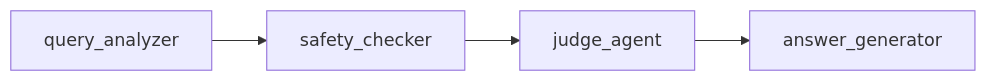
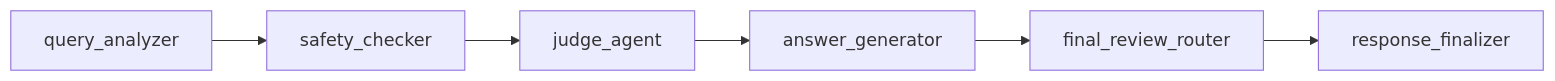
One commit to JassonG-xt/Trust-RAG-Accounting changed the second of 2 diagrams in docs/langgraph_workflow.md. Above: the diagram before and after it, drawn with Mermaid. The commit also changed other lines of this file and 21 other files, not shown here.

Commit message:
fix(graph): route post-generation abstentions through review (#28)

````diff
--- a/docs/langgraph_workflow.md
+++ b/docs/langgraph_workflow.md
@@ -62,6 +70,8 @@
 ```mermaid
 flowchart LR
     Q[query_analyzer] --> SC[safety_checker]
     SC --> JA[judge_agent]
     JA --> AG[answer_generator]
+    AG --> FR[final_review_router]
+    FR --> RF[response_finalizer]
 ```
````
